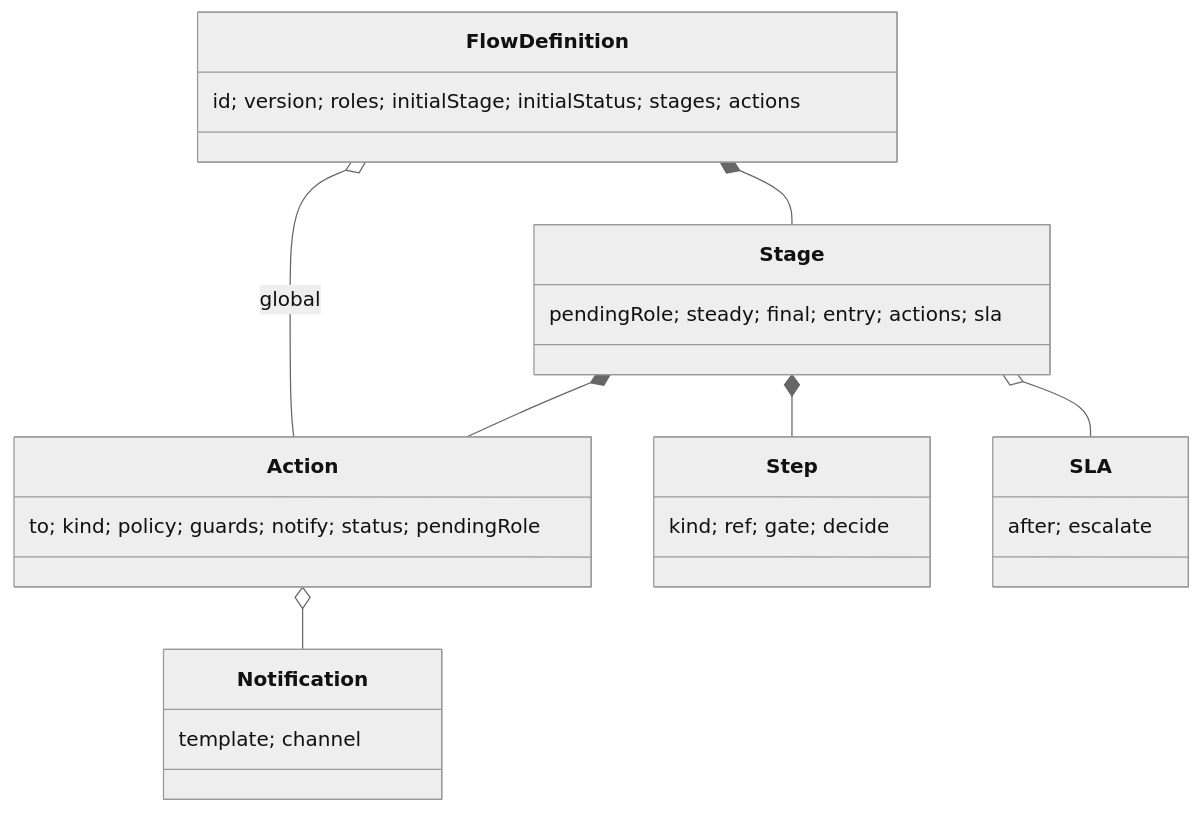
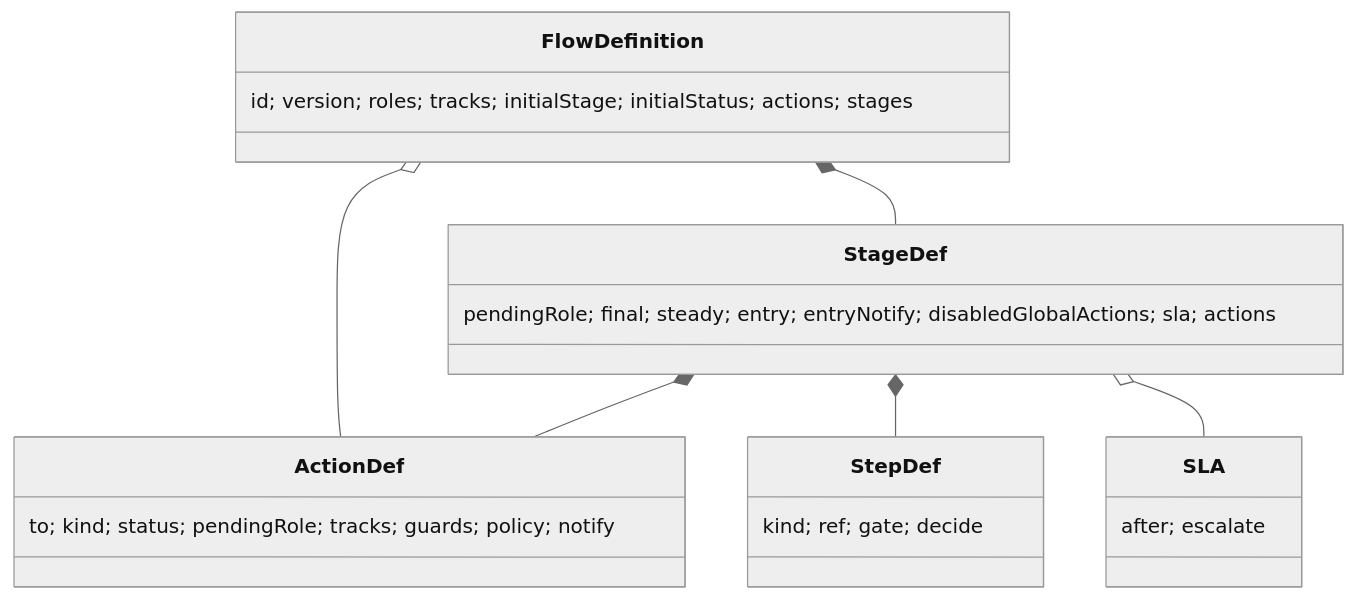
Before and after one commit to teopeurt/flowkit: the second of 10 diagrams in docs/definitions-deep-dive.md, drawn with Mermaid (neutral theme). The commit also changed other lines of this file and 1 other file, not shown here.

````diff
--- a/docs/definitions-deep-dive.md
+++ b/docs/definitions-deep-dive.md
@@ -67,15 +56,13 @@
 ```mermaid
 classDiagram
-  class FlowDefinition { id; version; roles; initialStage; initialStatus; stages; actions }
-  class Stage { pendingRole; steady; final; entry; actions; sla }
-  class Action { to; kind; policy; guards; notify; status; pendingRole }
-  class Step { kind; ref; gate; decide }
-  class SLA { after; escalate }
-  class Notification { template; channel }
-  FlowDefinition *-- Stage
-  FlowDefinition o-- Action : global
-  Stage *-- Action
-  Stage *-- Step
-  Stage o-- SLA
-  Action o-- Notification
+ class FlowDefinition { id; version; roles; tracks; initialStage; initialStatus; actions; stages }
+ class StageDef { pendingRole; final; steady; entry; entryNotify; disabledGlobalActions; sla; actions }
+ class ActionDef { to; kind; status; pendingRole; tracks; guards; policy; notify }
+ class StepDef { kind; ref; gate; decide }
+ class SLA { after; escalate }
+ FlowDefinition *-- StageDef
+ FlowDefinition o-- ActionDef
+ StageDef *-- ActionDef
+ StageDef *-- StepDef
+ StageDef o-- SLA
 ```
````
